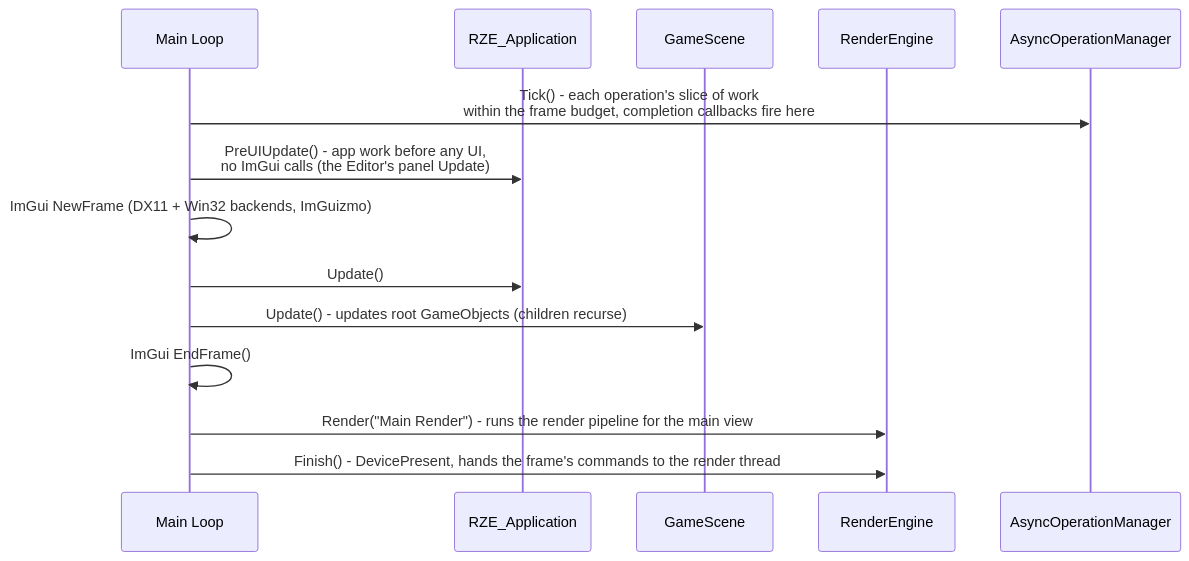
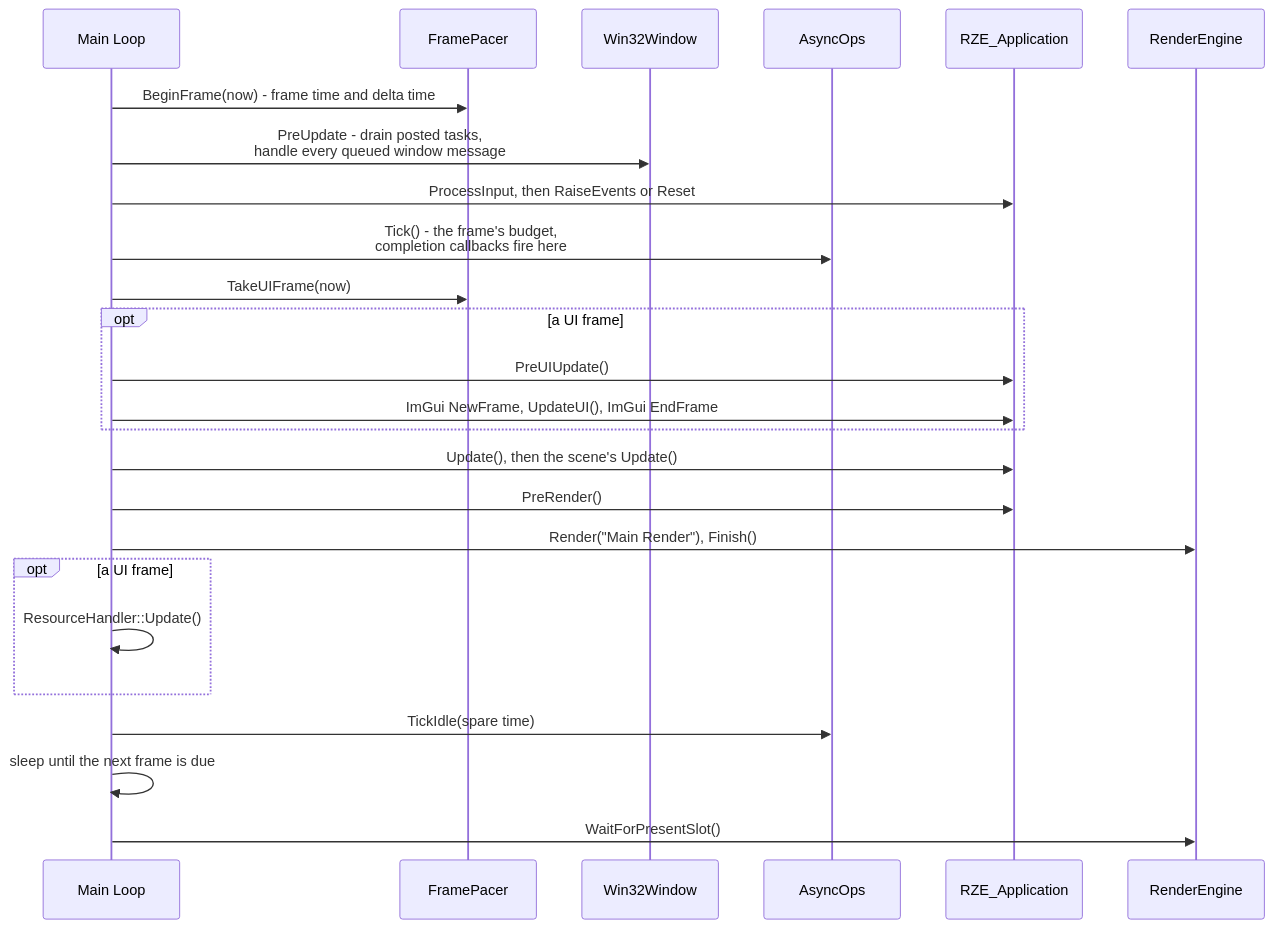
The second of 3 diagrams in Docs/Generated/Engine/02-Architecture/Engine-Startup-And-Frame-Loop.md (b1nary0/RZE), drawn with Mermaid before and after one commit. The commit also changed other lines of this file and 16 other files, not shown here.

First line of the commit message:
Document frame pacing, vsync, the UI frame rate and the input changes

````diff
--- a/Docs/Generated/Engine/02-Architecture/Engine-Startup-And-Frame-Loop.md
+++ b/Docs/Generated/Engine/02-Architecture/Engine-Startup-And-Frame-Loop.md
@@ -99,18 +76,29 @@
 ```mermaid
 %%{init: {'flowchart': {'subGraphTitleMargin': {'top': 6, 'bottom': 10}}, 'themeCSS': '.labelBkg, .edgeLabel { background-color: var(--background-primary) !important; } .messageText, .labelText, .loopText { paint-order: stroke; stroke: var(--background-primary); stroke-width: 5px; stroke-linejoin: round; }'}}%%
 sequenceDiagram
     participant ML as Main Loop
+    participant FP as FramePacer
+    participant Win as Win32Window
+    participant Async as AsyncOps
     participant App as RZE_Application
-    participant Scene as GameScene
     participant RE as RenderEngine
-    participant Async as AsyncOperationManager
 
-    ML->>Async: Tick() - each operation's slice of work<br/>within the frame budget, completion callbacks fire here
-    ML->>App: PreUIUpdate() - app work before any UI,<br/>no ImGui calls (the Editor's panel Update)
-    ML->>ML: ImGui NewFrame (DX11 + Win32 backends, ImGuizmo)
-    ML->>App: Update()
-    ML->>Scene: Update() - updates root GameObjects (children recurse)
-    ML->>ML: ImGui EndFrame()
-    ML->>RE: Render("Main Render") - runs the render pipeline for the main view
-    ML->>RE: Finish() - DevicePresent, hands the frame's commands to the render thread
+    ML->>FP: BeginFrame(now) - frame time and delta time
+    ML->>Win: PreUpdate - drain posted tasks,<br/>handle every queued window message
+    ML->>App: ProcessInput, then RaiseEvents or Reset
+    ML->>Async: Tick() - the frame's budget,<br/>completion callbacks fire here
+    ML->>FP: TakeUIFrame(now)
+    opt a UI frame
+        ML->>App: PreUIUpdate()
+        ML->>App: ImGui NewFrame, UpdateUI(), ImGui EndFrame
+    end
+    ML->>App: Update(), then the scene's Update()
+    ML->>App: PreRender()
+    ML->>RE: Render("Main Render"), Finish()
+    opt a UI frame
+        ML->>ML: ResourceHandler::Update()
+    end
+    ML->>Async: TickIdle(spare time)
+    ML->>ML: sleep until the next frame is due
+    ML->>RE: WaitForPresentSlot()
 ```
````
